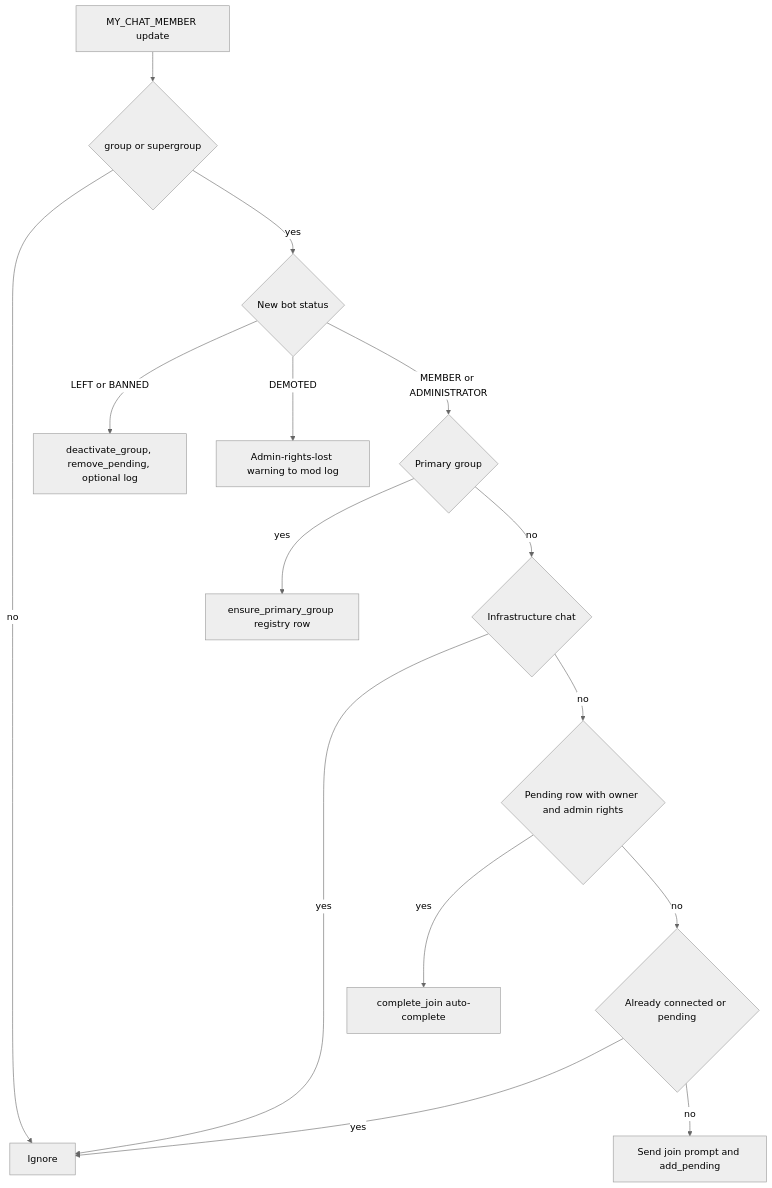
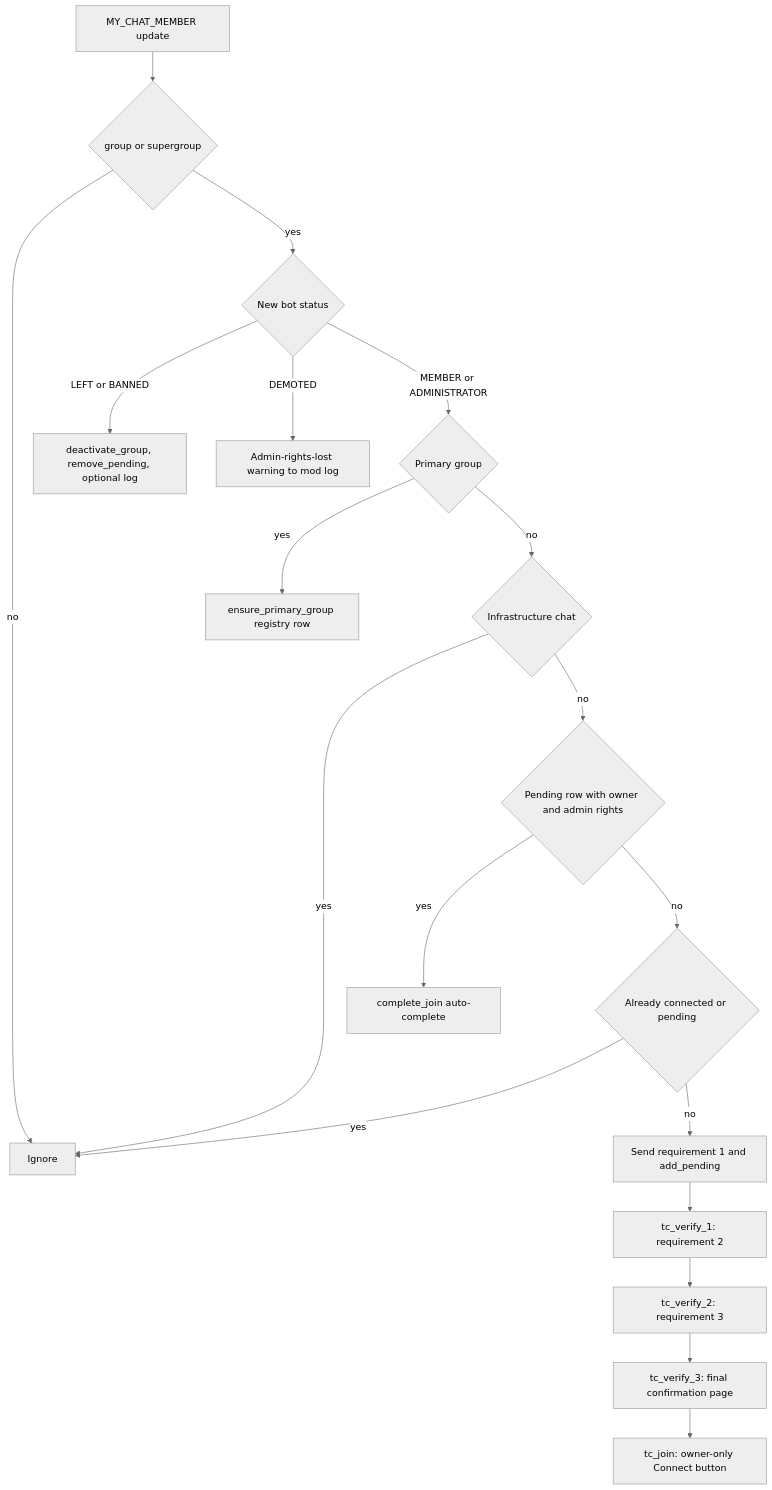
Before and after one commit to D1ZZY4/tcbot: the second of 5 diagrams in docs/flows/connection.md, drawn with Mermaid (neutral theme). The commit also changed other lines of this file and 85 other files, not shown here.

````diff
--- a/docs/flows/connection.md
+++ b/docs/flows/connection.md
@@ -60,17 +60,21 @@
 ```mermaid
 flowchart TD
     E[MY_CHAT_MEMBER update] --> TYPE{group or supergroup}
     TYPE -->|no| IGNORE[Ignore]
     TYPE -->|yes| ST{New bot status}
     ST -->|LEFT or BANNED| DEACT[deactivate_group, remove_pending, optional log]
     ST -->|DEMOTED| WARN[Admin-rights-lost warning to mod log]
     ST -->|MEMBER or ADMINISTRATOR| PRIM{Primary group}
     PRIM -->|yes| ENSURE[ensure_primary_group registry row]
     PRIM -->|no| INFRA{Infrastructure chat}
     INFRA -->|yes| IGNORE
     INFRA -->|no| PENDING{Pending row with owner and admin rights}
     PENDING -->|yes| AUTO[complete_join auto-complete]
     PENDING -->|no| DUP{Already connected or pending}
     DUP -->|yes| IGNORE
-    DUP -->|no| PROMPT[Send join prompt and add_pending]
+    DUP -->|no| PROMPT[Send requirement 1 and add_pending]
+    PROMPT --> V2["tc_verify_1: requirement 2"]
+    V2 --> V3["tc_verify_2: requirement 3"]
+    V3 --> FINAL["tc_verify_3: final confirmation page"]
+    FINAL --> CONNECT["tc_join: owner-only Connect button"]
 ```
````
